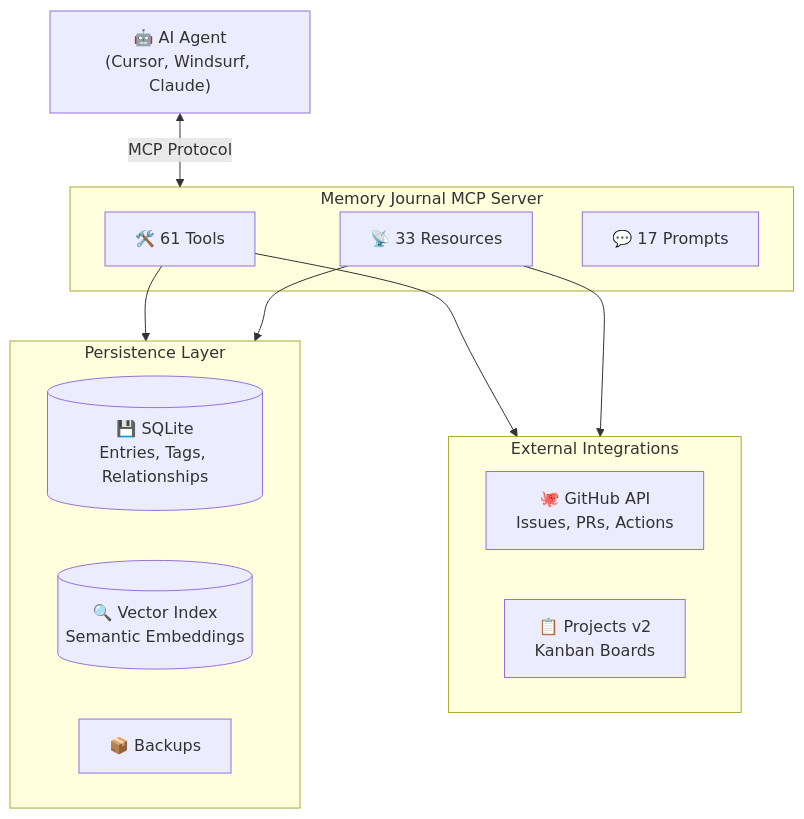
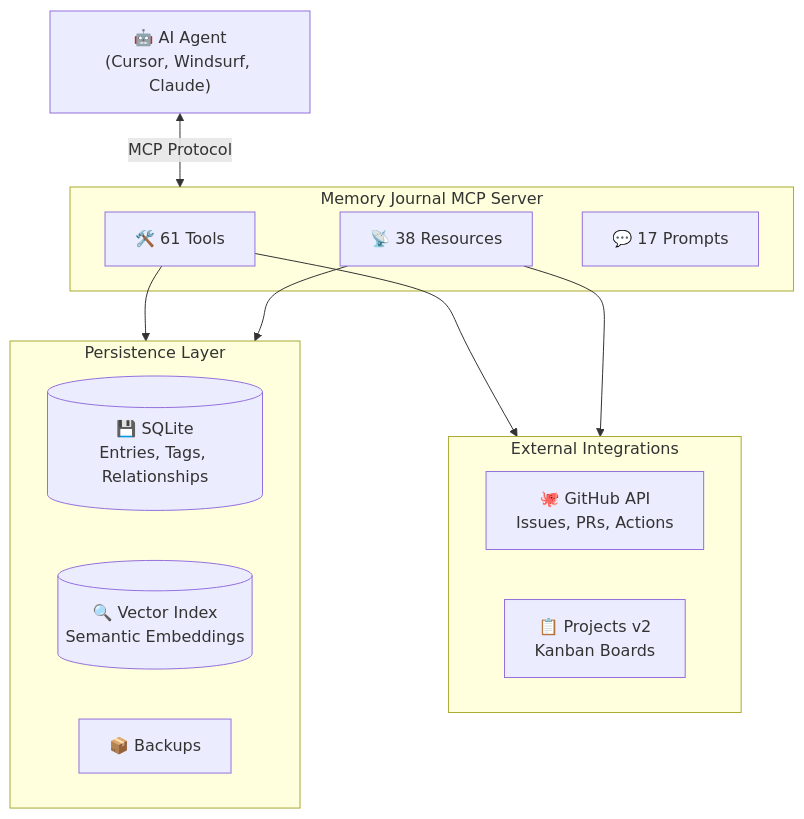
Before and after one commit to neverinfamous/memory-journal-mcp: the second of 2 diagrams in README.md, drawn with Mermaid. The commit also changed other lines of this file and 16 other files, not shown here.

````diff
--- a/README.md
+++ b/README.md
@@ -628,27 +626,27 @@
 ```mermaid
 flowchart TB
     AI["🤖 AI Agent<br/>(Cursor, Windsurf, Claude)"]
 
     subgraph MCP["Memory Journal MCP Server"]
         Tools["🛠️ 61 Tools"]
-        Resources["📡 33 Resources"]
+        Resources["📡 38 Resources"]
         Prompts["💬 17 Prompts"]
     end
 
     subgraph Storage["Persistence Layer"]
         SQLite[("💾 SQLite<br/>Entries, Tags, Relationships")]
         Vector[("🔍 Vector Index<br/>Semantic Embeddings")]
         Backups["📦 Backups"]
     end
 
     subgraph External["External Integrations"]
         GitHub["🐙 GitHub API<br/>Issues, PRs, Actions"]
         Kanban["📋 Projects v2<br/>Kanban Boards"]
     end
 
     AI <-->|"MCP Protocol"| MCP
     Tools --> Storage
     Tools --> External
     Resources --> Storage
     Resources --> External
 ```
````
